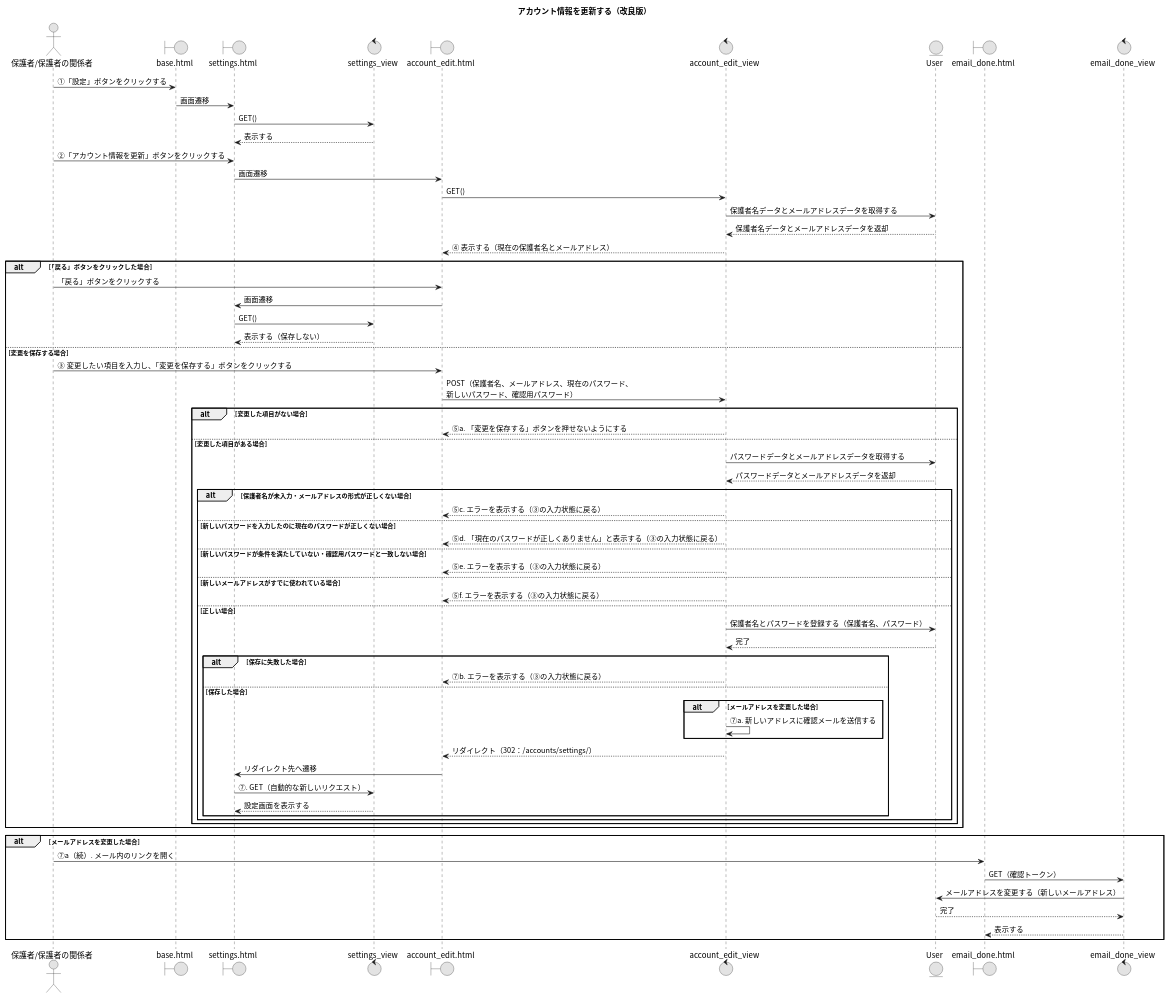
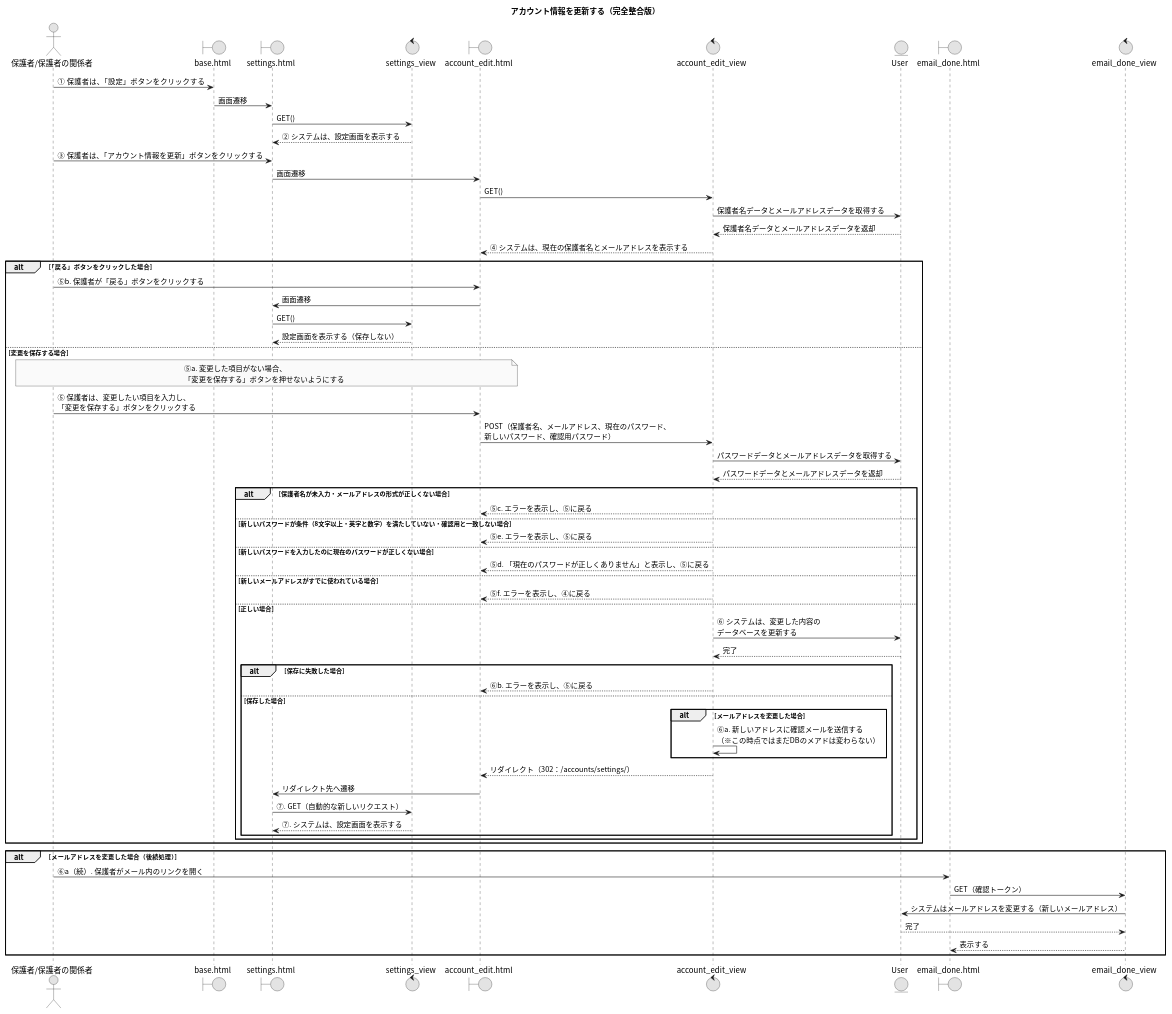
One commit to Ma2naga190330/26_sotugyou_puml changed the diagram in 04_アカウント情報を更新する.puml. Above: the diagram before and after it, drawn with PlantUML.

Commit message:
あ

```diff
--- a/04_アカウント情報を更新する.puml
+++ b/04_アカウント情報を更新する.puml
@@ -1,75 +1,79 @@
 @startuml
-title アカウント情報を更新する（改良版）
+title アカウント情報を更新する（完全整合版）
 skinparam defaultFontName "Noto Sans CJK JP"
 skinparam monochrome true
 
 actor "保護者/保護者の関係者" as A
 boundary "base.html" as BP
 boundary "settings.html" as SP
 control "settings_view" as SV
 boundary "account_edit.html" as AEP
 control "account_edit_view" as AEV
 entity "User" as UM
 boundary "email_done.html" as EDP
 control "email_done_view" as EDV
 
-A -> BP : ①「設定」ボタンをクリックする
+A -> BP : ① 保護者は、「設定」ボタンをクリックする
 BP -> SP : 画面遷移
 SP -> SV : GET()
-SV --> SP : 表示する
+SV --> SP : ② システムは、設定画面を表示する
 
-A -> SP : ②「アカウント情報を更新」ボタンをクリックする
+A -> SP : ③ 保護者は、「アカウント情報を更新」ボタンをクリックする
 SP -> AEP : 画面遷移
 AEP -> AEV : GET()
 AEV -> UM : 保護者名データとメールアドレスデータを取得する
 AEV <-- UM : 保護者名データとメールアドレスデータを返却
-AEV --> AEP : ④ 表示する（現在の保護者名とメールアドレス）
+AEV --> AEP : ④ システムは、現在の保護者名とメールアドレスを表示する
 
 alt 「戻る」ボタンをクリックした場合
-  A -> AEP : 「戻る」ボタンをクリックする
+  A -> AEP : ⑤b. 保護者が「戻る」ボタンをクリックする
   AEP -> SP : 画面遷移
   SP -> SV : GET()
-  SV --> SP : 表示する（保存しない）
+  SV --> SP : 設定画面を表示する（保存しない）
 else 変更を保存する場合
-  A -> AEP : ③ 変更したい項目を入力し、「変更を保存する」ボタンをクリックする
+  note over A, AEP
+    ⑤a. 変更した項目がない場合、
+    「変更を保存する」ボタンを押せないようにする
+  end note
+  A -> AEP : ⑤ 保護者は、変更したい項目を入力し、\n「変更を保存する」ボタンをクリックする
   AEP -> AEV : POST（保護者名、メールアドレス、現在のパスワード、\n新しいパスワード、確認用パスワード）
-  alt 変更した項目がない場合
-    AEV --> AEP : ⑤a. 「変更を保存する」ボタンを押せないようにする
-  else 変更した項目がある場合
-    AEV -> UM : パスワードデータとメールアドレスデータを取得する
-    AEV <-- UM : パスワードデータとメールアドレスデータを返却
-    alt 保護者名が未入力・メールアドレスの形式が正しくない場合
-      AEV --> AEP : ⑤c. エラーを表示する（③の入力状態に戻る）
-    else 新しいパスワードを入力したのに現在のパスワードが正しくない場合
-      AEV --> AEP : ⑤d. 「現在のパスワードが正しくありません」と表示する（③の入力状態に戻る）
-    else 新しいパスワードが条件を満たしていない・確認用パスワードと一致しない場合
-      AEV --> AEP : ⑤e. エラーを表示する（③の入力状態に戻る）
-    else 新しいメールアドレスがすでに使われている場合
-      AEV --> AEP : ⑤f. エラーを表示する（③の入力状態に戻る）
-    else 正しい場合
-      AEV -> UM : 保護者名とパスワードを登録する（保護者名、パスワード）
-      AEV <-- UM : 完了
-      alt 保存に失敗した場合
-        AEV --> AEP : ⑦b. エラーを表示する（③の入力状態に戻る）
-      else 保存した場合
-        alt メールアドレスを変更した場合
-          AEV -> AEV : ⑦a. 新しいアドレスに確認メールを送信する
-        end
-        AEV --> AEP : リダイレクト（302：/accounts/settings/）
-        AEP -> SP : リダイレクト先へ遷移
-        SP -> SV : ⑦. GET（自動的な新しいリクエスト）
-        SV --> SP : 設定画面を表示する
+  
+  AEV -> UM : パスワードデータとメールアドレスデータを取得する
+  AEV <-- UM : パスワードデータとメールアドレスデータを返却
+  
+  alt 保護者名が未入力・メールアドレスの形式が正しくない場合
+    AEV --> AEP : ⑤c. エラーを表示し、⑤に戻る
+  else 新しいパスワードが条件（8文字以上・英字と数字）を満たしていない・確認用と一致しない場合
+    AEV --> AEP : ⑤e. エラーを表示し、⑤に戻る
+  else 新しいパスワードを入力したのに現在のパスワードが正しくない場合
+    AEV --> AEP : ⑤d. 「現在のパスワードが正しくありません」と表示し、⑤に戻る
+  else 新しいメールアドレスがすでに使われている場合
+    AEV --> AEP : ⑤f. エラーを表示し、④に戻る
+  else 正しい場合
+    ' ⑥ データベースの更新
+    AEV -> UM : ⑥ システムは、変更した内容の\nデータベースを更新する
+    AEV <-- UM : 完了
+    
+    alt 保存に失敗した場合
+      AEV --> AEP : ⑥b. エラーを表示し、⑤に戻る
+    else 保存した場合
+      alt メールアドレスを変更した場合
+        AEV -> AEV : ⑥a. 新しいアドレスに確認メールを送信する\n（※この時点ではまだDBのメアドは変わらない）
       end
+      AEV --> AEP : リダイレクト（302：/accounts/settings/）
+      AEP -> SP : リダイレクト先へ遷移
+      SP -> SV : ⑦. GET（自動的な新しいリクエスト）
+      SV --> SP : ⑦. システムは、設定画面を表示する
     end
   end
 end
 
-' メールアドレスを変更した場合：メール内のリンクを開く
-alt メールアドレスを変更した場合
-  A -> EDP : ⑦a（続）. メール内のリンクを開く
+' 【事後条件の正確な反映】メールアドレスを変更した場合：後日メール内のリンクを開く
+alt メールアドレスを変更した場合（後続処理）
+  A -> EDP : ⑥a（続）. 保護者がメール内のリンクを開く
   EDP -> EDV : GET（確認トークン）
-  EDV -> UM : メールアドレスを変更する（新しいメールアドレス）
+  EDV -> UM : システムはメールアドレスを変更する（新しいメールアドレス）
   EDV <-- UM : 完了
   EDV --> EDP : 表示する
 end
 @enduml
```
